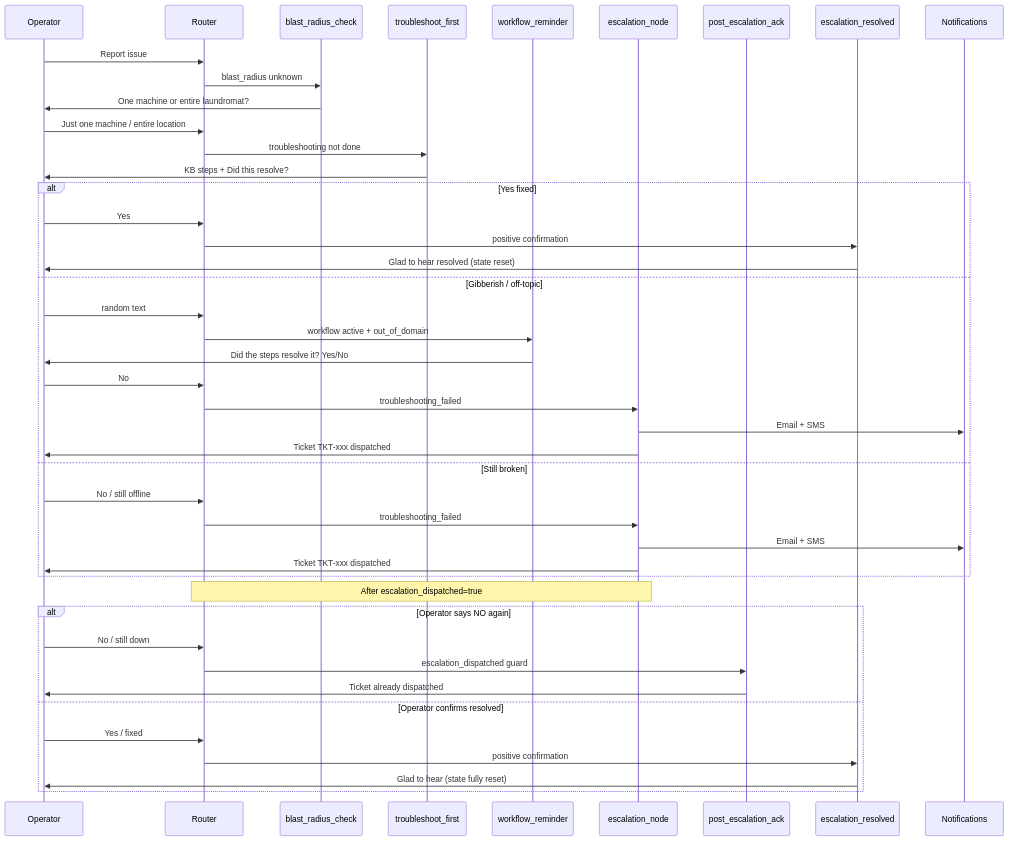
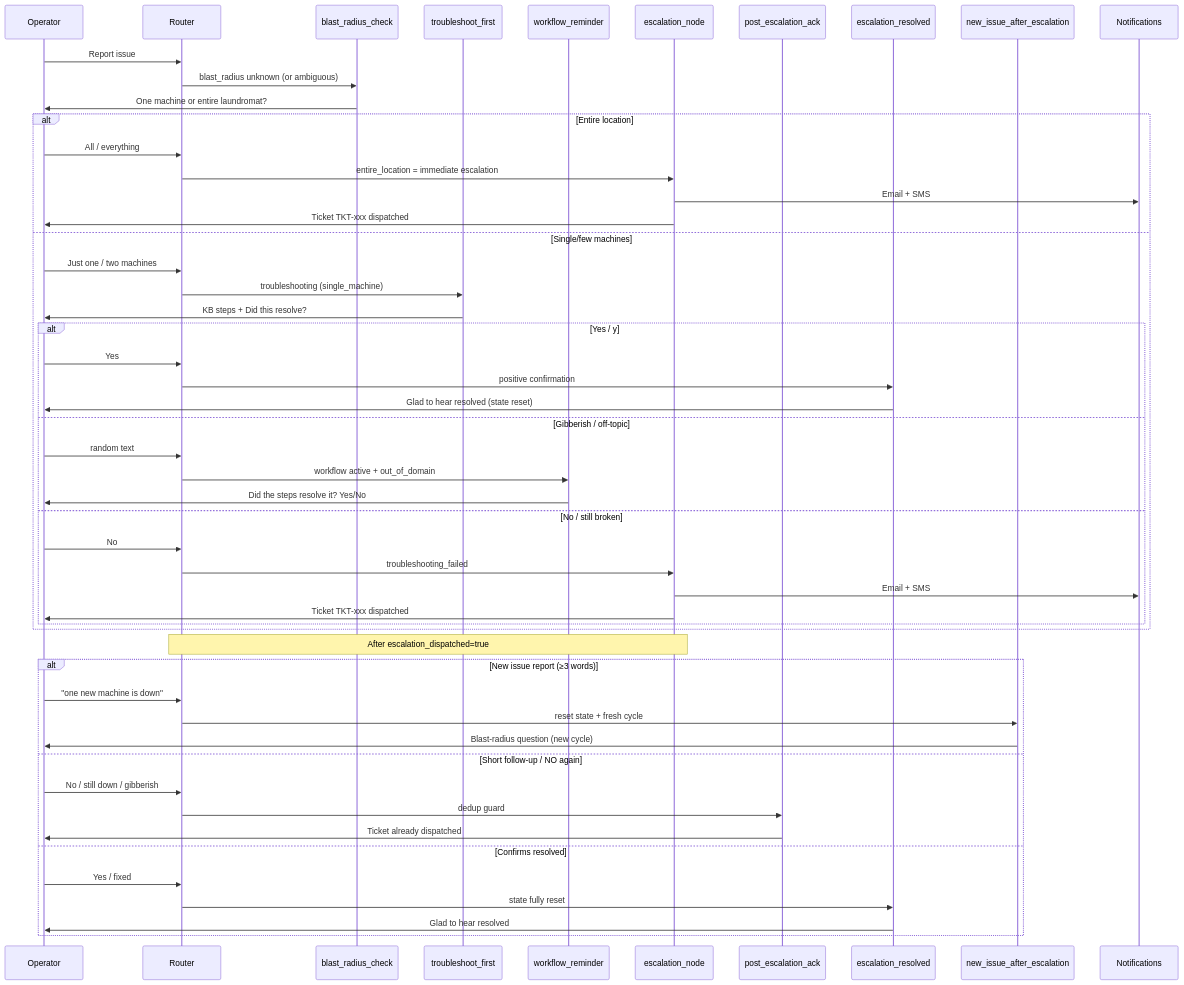
Before and after one commit to anupks5942/operator-AI: the diagram in docs/ESCALATION_WORKFLOW.md, drawn with Mermaid. The commit also changed other lines of this file and 9 other files, not shown here.

````diff
--- a/docs/ESCALATION_WORKFLOW.md
+++ b/docs/ESCALATION_WORKFLOW.md
@@ -11,47 +11,55 @@
 ```mermaid
 sequenceDiagram
   participant Op as Operator
   participant R as Router
   participant B as blast_radius_check
   participant T as troubleshoot_first
   participant W as workflow_reminder
   participant E as escalation_node
   participant P as post_escalation_ack
   participant Res as escalation_resolved
+  participant New as new_issue_after_escalation
   participant N as Notifications
 
   Op->>R: Report issue
-  R->>B: blast_radius unknown
+  R->>B: blast_radius unknown (or ambiguous)
   B->>Op: One machine or entire laundromat?
-  Op->>R: Just one machine / entire location
-  R->>T: troubleshooting not done
-  T->>Op: KB steps + Did this resolve?
-  alt Yes fixed
-    Op->>R: Yes
-    R->>Res: positive confirmation
-    Res->>Op: Glad to hear resolved (state reset)
-  else Gibberish / off-topic
-    Op->>R: random text
-    R->>W: workflow active + out_of_domain
-    W->>Op: Did the steps resolve it? Yes/No
-    Op->>R: No
-    R->>E: troubleshooting_failed
+  alt Entire location
+    Op->>R: All / everything
+    R->>E: entire_location = immediate escalation
     E->>N: Email + SMS
     E->>Op: Ticket TKT-xxx dispatched
-  else Still broken
-    Op->>R: No / still offline
-    R->>E: troubleshooting_failed
-    E->>N: Email + SMS
-    E->>Op: Ticket TKT-xxx dispatched
+  else Single/few machines
+    Op->>R: Just one / two machines
+    R->>T: troubleshooting (single_machine)
+    T->>Op: KB steps + Did this resolve?
+    alt Yes / y
+      Op->>R: Yes
+      R->>Res: positive confirmation
+      Res->>Op: Glad to hear resolved (state reset)
+    else Gibberish / off-topic
+      Op->>R: random text
+      R->>W: workflow active + out_of_domain
+      W->>Op: Did the steps resolve it? Yes/No
+    else No / still broken
+      Op->>R: No
+      R->>E: troubleshooting_failed
+      E->>N: Email + SMS
+      E->>Op: Ticket TKT-xxx dispatched
+    end
   end
   Note over R,E: After escalation_dispatched=true
-  alt Operator says NO again
-    Op->>R: No / still down
-    R->>P: escalation_dispatched guard
+  alt New issue report (≥3 words)
+    Op->>R: "one new machine is down"
+    R->>New: reset state + fresh cycle
+    New->>Op: Blast-radius question (new cycle)
+  else Short follow-up / NO again
+    Op->>R: No / still down / gibberish
+    R->>P: dedup guard
     P->>Op: Ticket already dispatched
-  else Operator confirms resolved
+  else Confirms resolved
     Op->>R: Yes / fixed
-    R->>Res: positive confirmation
-    Res->>Op: Glad to hear (state fully reset)
+    R->>Res: state fully reset
+    Res->>Op: Glad to hear resolved
   end
 ```
````
